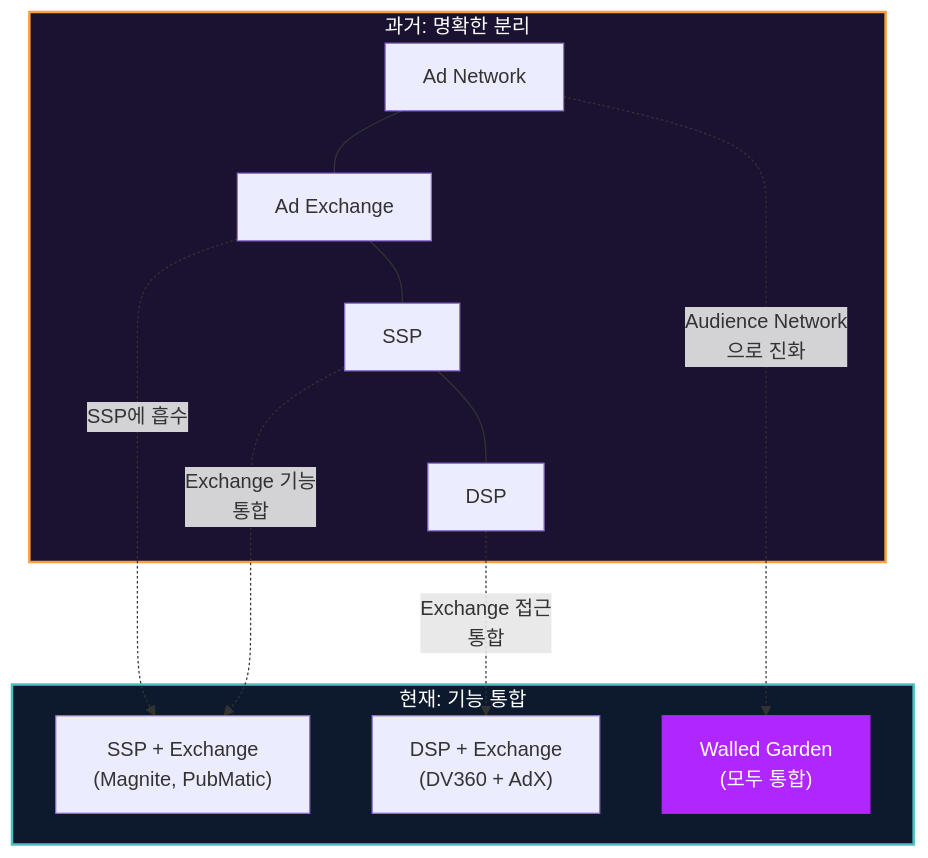
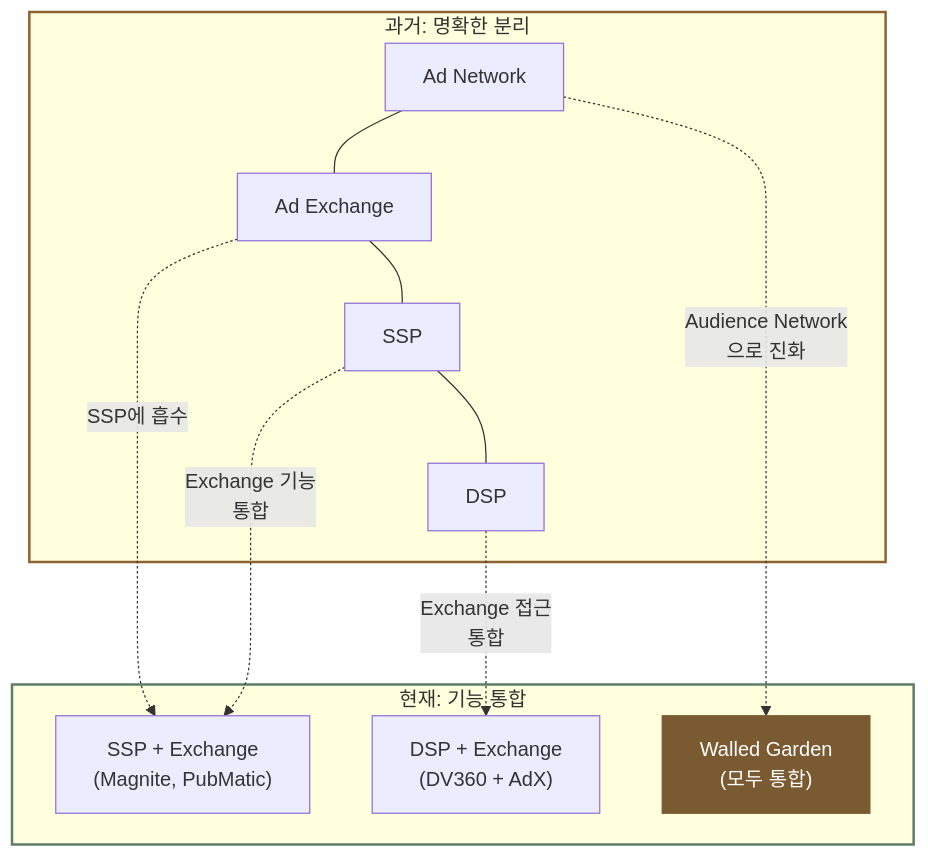
The eighth of 8 diagrams in posts/ad-network-vs-exchange.md (chkimsu/adtech-blog), drawn with Mermaid before and after one commit. The commit also changed other lines of this file and 40 other files, not shown here.

````diff
--- a/posts/ad-network-vs-exchange.md
+++ b/posts/ad-network-vs-exchange.md
@@ -386,23 +386,23 @@
 ```mermaid
 graph TB
     subgraph Past["과거: 명확한 분리"]
         P_AN["Ad Network"] --- P_AX["Ad Exchange"]
         P_AX --- P_SSP["SSP"]
         P_SSP --- P_DSP["DSP"]
     end
 
     subgraph Present["현재: 기능 통합"]
         C_SSP_AX["SSP + Exchange<br/>(Magnite, PubMatic)"]
         C_DSP_AX["DSP + Exchange<br/>(DV360 + AdX)"]
         C_WG["Walled Garden<br/>(모두 통합)"]
     end
 
     P_AN -.->|"Audience Network<br/>으로 진화"| C_WG
     P_AX -.->|"SSP에 흡수"| C_SSP_AX
     P_SSP -.->|"Exchange 기능<br/>통합"| C_SSP_AX
     P_DSP -.->|"Exchange 접근<br/>통합"| C_DSP_AX
 
-    style Past fill:#1a1230,stroke:#ff9f40,stroke-width:2px,color:#fff
-    style Present fill:#0d1a2d,stroke:#4bc0c0,stroke-width:2px,color:#fff
-    style C_WG fill:#b026ff,stroke:#b026ff,color:#fff
+    style Past stroke:#8f6231,stroke-width:2px
+    style Present stroke:#5b7d6a,stroke-width:2px
+    style C_WG fill:#7a5a30,stroke:#7a5a30,color:#fff
 ```
````
